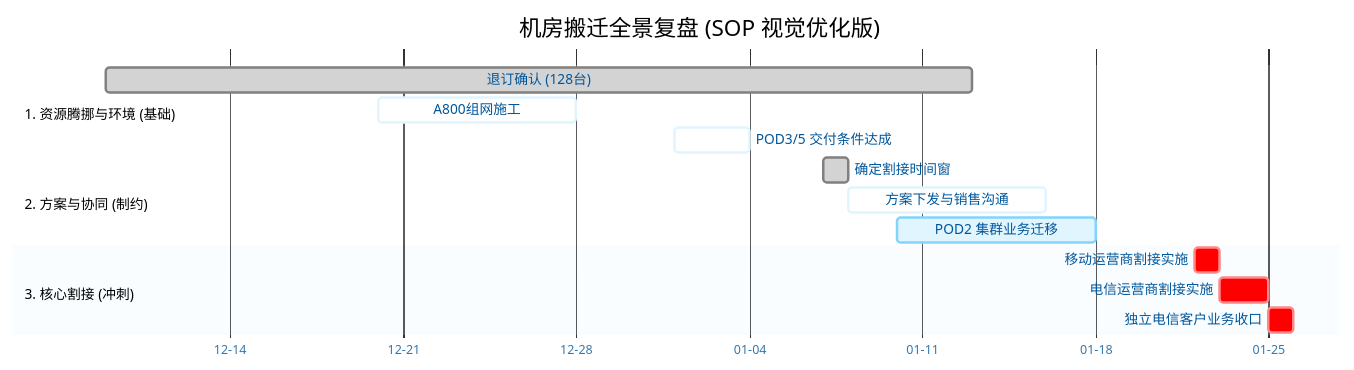
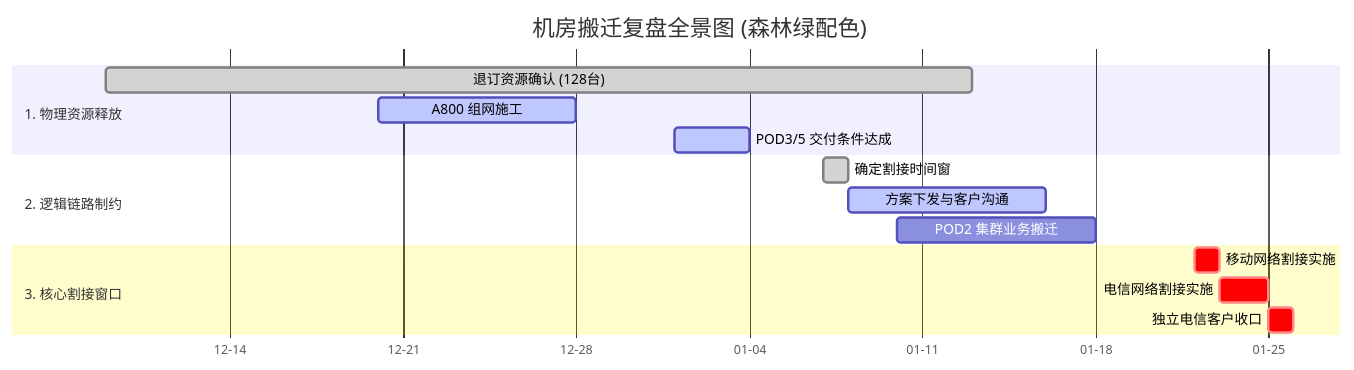
The diagram in all/未命名.md (lasonlixin/iodraw-files), drawn with Mermaid before and after one commit.

Commit message:
2026-02-03 10:49:11 update

````diff
--- a/all/未命名.md
+++ b/all/未命名.md
@@ -1,34 +1,45 @@
 ```mermaid
 %%{init: {
   'theme': 'base',
   'themeVariables': {
     'fontFamily': 'arial, sans-serif',
     'fontSize': '14px',
-    'primaryColor': '#e1f5fe',
-    'primaryTextColor': '#01579b',
-    'primaryBorderColor': '#81d4fa',
-    'lineColor': '#546e7a',
-    'secondaryColor': '#f1f8e9',
-    'tertiaryColor': '#fff'
+    /* 全局背景与文字 */
+    'primaryColor': '#c8e6c9',
+    'primaryTextColor': '#1b5e20',
+    'primaryBorderColor': '#81c784',
+    /* 已完成任务（浅绿） */
+    'doneSectionBkgColor': '#f1f8e9',
+    'doneSectionBorderColor': '#c5e1a5',
+    /* 进行中/活动任务（翠绿） */
+    'activeSectionBkgColor': '#a5d6a7',
+    'activeSectionBorderColor': '#66bb6a',
+    /* 关键路径/核心割接（深绿 - 保证文字对比度） */
+    'critSectionBkgColor': '#2e7d32',
+    'critSectionBorderColor': '#1b5e20',
+    'critTextColor': '#ffffff',
+    /* 连线与轴 */
+    'lineColor': '#4caf50',
+    'gridColor': '#e8f5e9'
   }
 }}%%
 gantt
-    title 机房搬迁全景复盘 (SOP 视觉优化版)
+    title 机房搬迁复盘全景图 (森林绿配色)
     dateFormat  YYYY-MM-DD
     axisFormat %m-%d
 
-    section 1. 资源腾挪与环境 (基础)
-    退订确认 (128台)           :done, a1, 2025-12-09, 2026-01-13
-    A800组网施工              :active, a2, 2025-12-20, 2025-12-28
-    POD3/5 交付条件达成        :active, a3, 2026-01-01, 2026-01-04
+    section 1. 物理资源释放
+    退订资源确认 (128台)           :done, a1, 2025-12-09, 2026-01-13
+    A800 组网施工                 :active, a2, 2025-12-20, 2025-12-28
+    POD3/5 交付条件达成            :active, a3, 2026-01-01, 2026-01-04
 
-    section 2. 方案与协同 (制约)
-    确定割接时间窗             :done, b1, 2026-01-07, 1d
-    方案下发与销售沟通         :active, b2, 2026-01-08, 2026-01-16
-    POD2 集群业务迁移          :b3, 2026-01-10, 2026-01-18
+    section 2. 逻辑链路制约
+    确定割接时间窗                :done, b1, 2026-01-07, 1d
+    方案下发与客户沟通            :active, b2, 2026-01-08, 2026-01-16
+    POD2 集群业务搬迁             :b3, 2026-01-10, 2026-01-18
 
-    section 3. 核心割接 (冲刺)
-    移动运营商割接实施         :crit, c1, 2026-01-22, 1d
-    电信运营商割接实施         :crit, c2, 2026-01-23, 2d
-    独立电信客户业务收口       :crit, c3, after c2, 1d
+    section 3. 核心割接窗口
+    移动网络割接实施              :crit, c1, 2026-01-22, 1d
+    电信网络割接实施              :crit, c2, 2026-01-23, 2d
+    独立电信客户收口              :crit, c3, after c2, 1d
 ```
````
